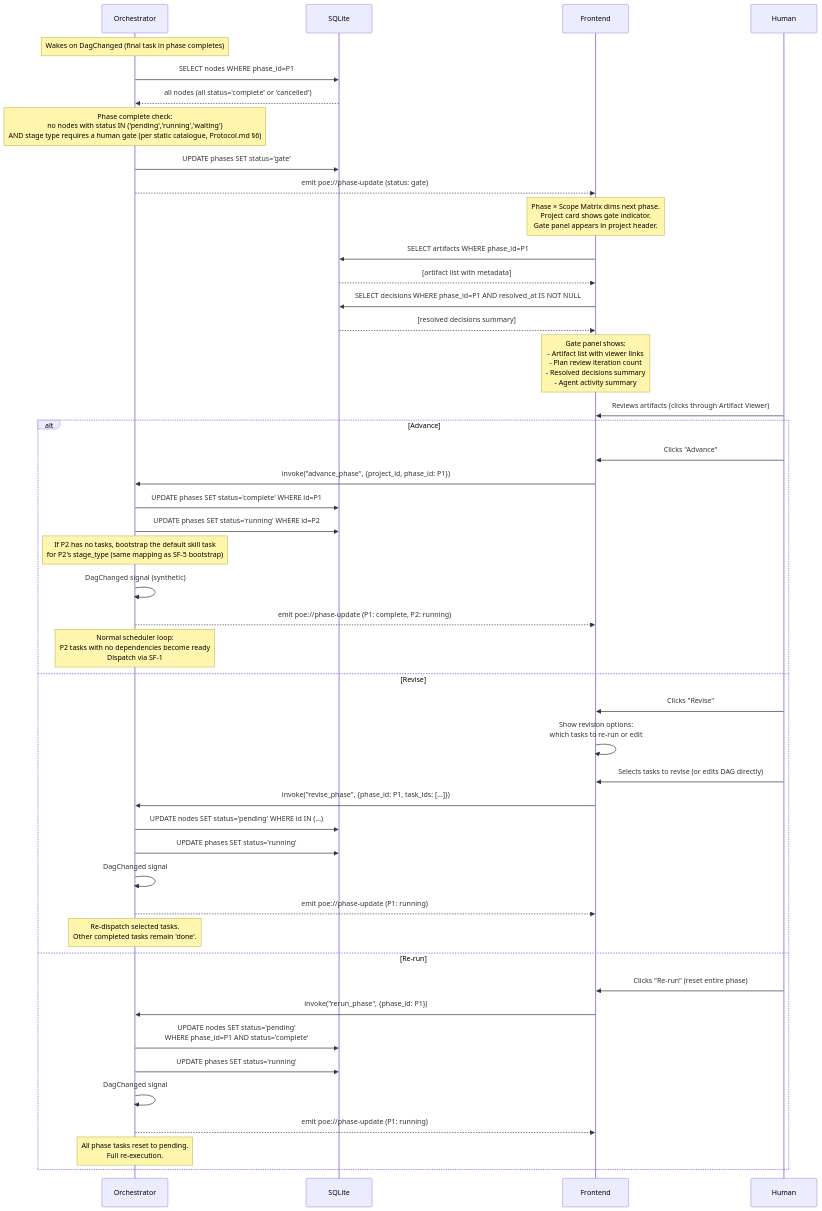
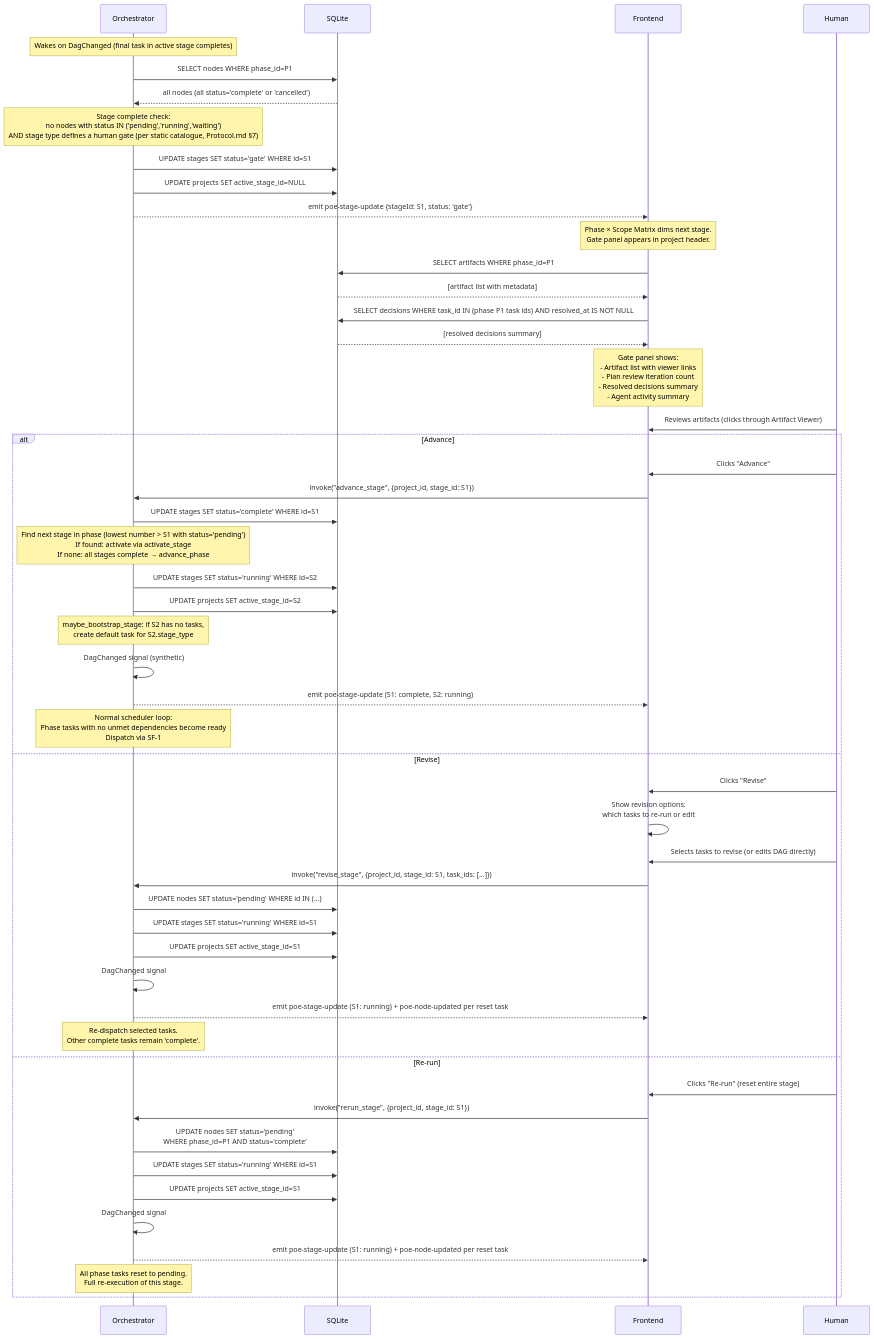
Before and after one commit to grant-traynor/bp6: the eighth of 10 diagrams in doc-POE/Flows.md, drawn with Mermaid. The commit also changed other lines of this file and 2 other files, not shown here.

First line of the commit message:
fix(docs): Phase/Stage model corrections across Flows.md and UX-Brief

````diff
--- a/doc-POE/Flows.md
+++ b/doc-POE/Flows.md
@@ -1241,67 +1241,72 @@
 ```mermaid
 sequenceDiagram
     participant Orch as Orchestrator
     participant DB as SQLite
     participant FE as Frontend
     participant Human as Human
 
-    Note over Orch: Wakes on DagChanged (final task in phase completes)
+    Note over Orch: Wakes on DagChanged (final task in active stage completes)
 
     Orch->>DB: SELECT nodes WHERE phase_id=P1
     DB-->>Orch: all nodes (all status='complete' or 'cancelled')
 
-    Note over Orch: Phase complete check:<br/>no nodes with status IN ('pending','running','waiting')<br/>AND stage type requires a human gate (per static catalogue, Protocol.md §6)
+    Note over Orch: Stage complete check:<br/>no nodes with status IN ('pending','running','waiting')<br/>AND stage type defines a human gate (per static catalogue, Protocol.md §7)
 
-    Orch->>DB: UPDATE phases SET status='gate'
-    Orch-->>FE: emit poe://phase-update (status: gate)
+    Orch->>DB: UPDATE stages SET status='gate' WHERE id=S1
+    Orch->>DB: UPDATE projects SET active_stage_id=NULL
+    Orch-->>FE: emit poe-stage-update {stageId: S1, status: 'gate'}
 
-    Note over FE: Phase × Scope Matrix dims next phase.<br/>Project card shows gate indicator.<br/>Gate panel appears in project header.
+    Note over FE: Phase × Scope Matrix dims next stage.<br/>Gate panel appears in project header.
 
     FE->>DB: SELECT artifacts WHERE phase_id=P1
     DB-->>FE: [artifact list with metadata]
 
-    FE->>DB: SELECT decisions WHERE phase_id=P1 AND resolved_at IS NOT NULL
+    FE->>DB: SELECT decisions WHERE task_id IN (phase P1 task ids) AND resolved_at IS NOT NULL
     DB-->>FE: [resolved decisions summary]
 
     Note over FE: Gate panel shows:<br/>- Artifact list with viewer links<br/>- Plan review iteration count<br/>- Resolved decisions summary<br/>- Agent activity summary
 
     Human->>FE: Reviews artifacts (clicks through Artifact Viewer)
 
     alt Advance
         Human->>FE: Clicks "Advance"
-        FE->>Orch: invoke("advance_phase", {project_id, phase_id: P1})
+        FE->>Orch: invoke("advance_stage", {project_id, stage_id: S1})
 
-        Orch->>DB: UPDATE phases SET status='complete' WHERE id=P1
-        Orch->>DB: UPDATE phases SET status='running' WHERE id=P2
-        Note over Orch: If P2 has no tasks, bootstrap the default skill task<br/>for P2's stage_type (same mapping as SF-5 bootstrap)
+        Orch->>DB: UPDATE stages SET status='complete' WHERE id=S1
+        Note over Orch: Find next stage in phase (lowest number > S1 with status='pending')<br/>If found: activate via activate_stage<br/>If none: all stages complete → advance_phase
+        Orch->>DB: UPDATE stages SET status='running' WHERE id=S2
+        Orch->>DB: UPDATE projects SET active_stage_id=S2
+        Note over Orch: maybe_bootstrap_stage: if S2 has no tasks,<br/>create default task for S2.stage_type
         Orch->>Orch: DagChanged signal (synthetic)
-        Orch-->>FE: emit poe://phase-update (P1: complete, P2: running)
+        Orch-->>FE: emit poe-stage-update (S1: complete, S2: running)
 
-        Note over Orch: Normal scheduler loop:<br/>P2 tasks with no dependencies become ready<br/>Dispatch via SF-1
+        Note over Orch: Normal scheduler loop:<br/>Phase tasks with no unmet dependencies become ready<br/>Dispatch via SF-1
 
     else Revise
         Human->>FE: Clicks "Revise"
         FE->>FE: Show revision options:<br/>which tasks to re-run or edit
 
         Human->>FE: Selects tasks to revise (or edits DAG directly)
 
-        FE->>Orch: invoke("revise_phase", {phase_id: P1, task_ids: [...]})
+        FE->>Orch: invoke("revise_stage", {project_id, stage_id: S1, task_ids: [...]})
 
         Orch->>DB: UPDATE nodes SET status='pending' WHERE id IN (...)
-        Orch->>DB: UPDATE phases SET status='running'
+        Orch->>DB: UPDATE stages SET status='running' WHERE id=S1
+        Orch->>DB: UPDATE projects SET active_stage_id=S1
         Orch->>Orch: DagChanged signal
-        Orch-->>FE: emit poe://phase-update (P1: running)
-        Note over Orch: Re-dispatch selected tasks.<br/>Other completed tasks remain 'done'.
+        Orch-->>FE: emit poe-stage-update (S1: running) + poe-node-updated per reset task
+        Note over Orch: Re-dispatch selected tasks.<br/>Other complete tasks remain 'complete'.
 
     else Re-run
-        Human->>FE: Clicks "Re-run" (reset entire phase)
+        Human->>FE: Clicks "Re-run" (reset entire stage)
 
-        FE->>Orch: invoke("rerun_phase", {phase_id: P1})
+        FE->>Orch: invoke("rerun_stage", {project_id, stage_id: S1})
 
         Orch->>DB: UPDATE nodes SET status='pending'<br/>WHERE phase_id=P1 AND status='complete'
-        Orch->>DB: UPDATE phases SET status='running'
+        Orch->>DB: UPDATE stages SET status='running' WHERE id=S1
+        Orch->>DB: UPDATE projects SET active_stage_id=S1
         Orch->>Orch: DagChanged signal
-        Orch-->>FE: emit poe://phase-update (P1: running)
-        Note over Orch: All phase tasks reset to pending.<br/>Full re-execution.
+        Orch-->>FE: emit poe-stage-update (S1: running) + poe-node-updated per reset task
+        Note over Orch: All phase tasks reset to pending.<br/>Full re-execution of this stage.
     end
 ```
````
